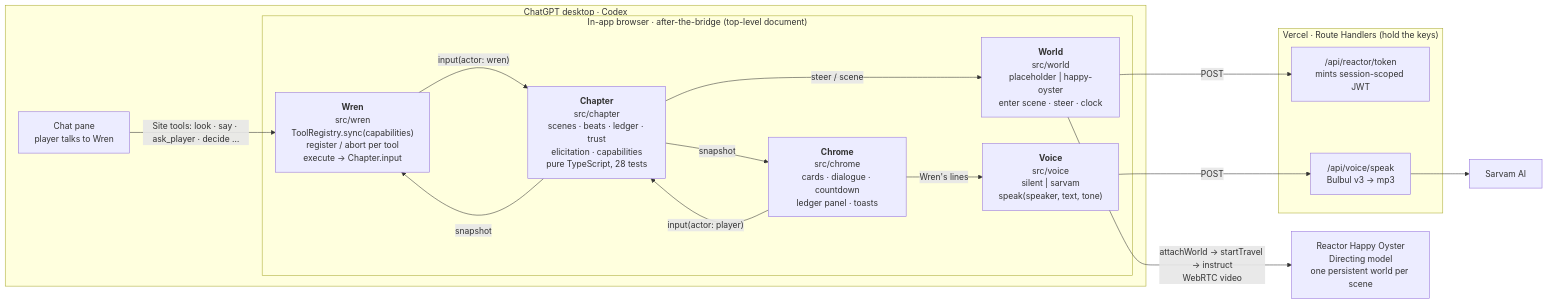
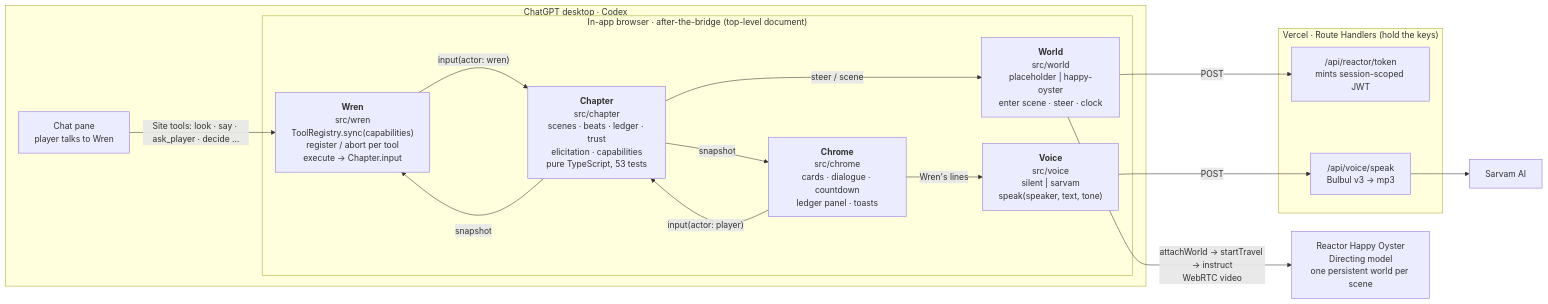
Before and after one commit to perfect7613/after-the-bridge: the diagram in README.md, drawn with Mermaid. The commit also changed other lines of this file and 34 other files, not shown here.

````diff
--- a/README.md
+++ b/README.md
@@ -79,33 +81,33 @@
 ```mermaid
 flowchart LR
   subgraph desktop["ChatGPT desktop · Codex"]
     Chat["Chat pane<br/>player talks to Wren"]
     subgraph page["In-app browser · after-the-bridge (top-level document)"]
       Wren["<b>Wren</b><br/>src/wren<br/>ToolRegistry.sync(capabilities)<br/>register / abort per tool<br/>execute → Chapter.input"]
-      Chapter["<b>Chapter</b><br/>src/chapter<br/>scenes · beats · ledger · trust<br/>elicitation · capabilities<br/>pure TypeScript, 28 tests"]
+      Chapter["<b>Chapter</b><br/>src/chapter<br/>scenes · beats · ledger · trust<br/>elicitation · capabilities<br/>pure TypeScript, 53 tests"]
       Chrome["<b>Chrome</b><br/>src/chrome<br/>cards · dialogue · countdown<br/>ledger panel · toasts"]
       World["<b>World</b><br/>src/world<br/>placeholder | happy-oyster<br/>enter scene · steer · clock"]
       Voice["<b>Voice</b><br/>src/voice<br/>silent | sarvam<br/>speak(speaker, text, tone)"]
     end
   end
 
   subgraph vercel["Vercel · Route Handlers (hold the keys)"]
     Token["/api/reactor/token<br/>mints session-scoped JWT"]
     Speak["/api/voice/speak<br/>Bulbul v3 → mp3"]
   end
 
   Reactor["Reactor Happy Oyster<br/>Directing model<br/>one persistent world per scene"]
   Sarvam["Sarvam AI"]
 
   Chat -- "Site tools: look · say · ask_player · decide …" --> Wren
   Wren -- "input(actor: wren)" --> Chapter
   Chrome -- "input(actor: player)" --> Chapter
   Chapter -- "snapshot" --> Wren
   Chapter -- "snapshot" --> Chrome
   Chapter -- "steer / scene" --> World
   Chrome -- "Wren's lines" --> Voice
   World -- "POST" --> Token
   World -- "attachWorld → startTravel → instruct<br/>WebRTC video" --> Reactor
   Voice -- "POST" --> Speak
   Speak --> Sarvam
 ```
````
